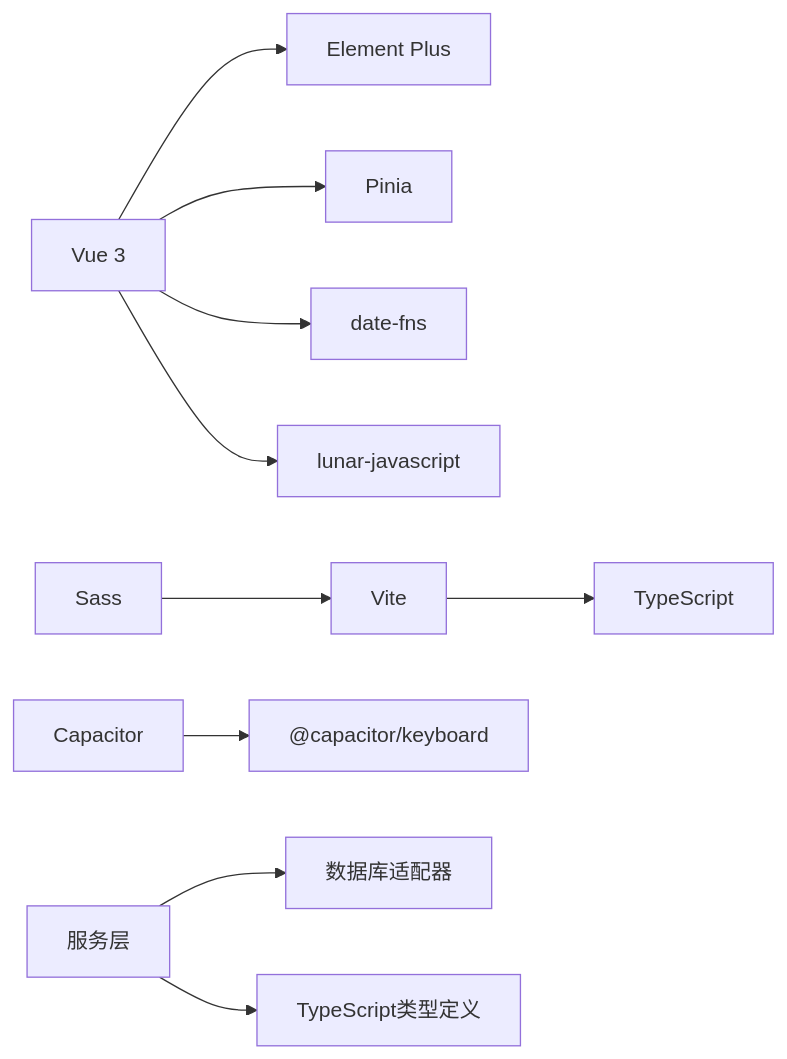
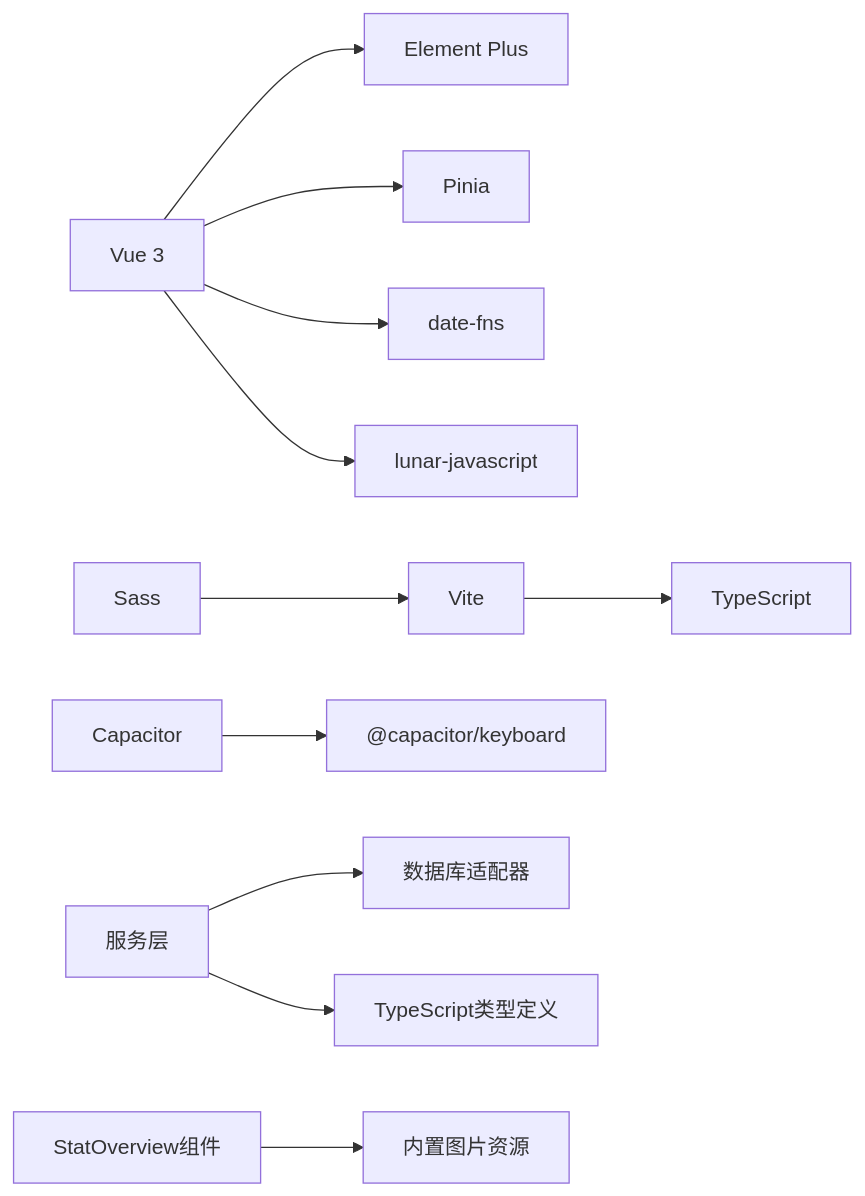
One commit to xiao-lin-unit/yuan changed diagram 13 of 13 in .qoder/repowiki/zh/content/UI组件/UI组件.md. Above: the diagram before and after it, drawn with Mermaid. The commit also changed other lines of this file and 14 other files, not shown here.

````diff
--- a/.qoder/repowiki/zh/content/UI组件/UI组件.md
+++ b/.qoder/repowiki/zh/content/UI组件/UI组件.md
@@ -616,12 +743,13 @@
 ```mermaid
 graph LR
 VUE["Vue 3"] --> EP["Element Plus"]
 VUE --> PINIA["Pinia"]
 VUE --> DATEFNS["date-fns"]
 VUE --> LUNAR["lunar-javascript"]
 VITE["Vite"] --> TS["TypeScript"]
 SASS["Sass"] --> VITE
 CAP["Capacitor"] --> KEYBOARD["@capacitor/keyboard"]
 SERVICE["服务层"] --> DB["数据库适配器"]
 SERVICE --> TYPES["TypeScript类型定义"]
+STATOVERVIEW["StatOverview组件"] --> IMG["内置图片资源"]
 ```
````
